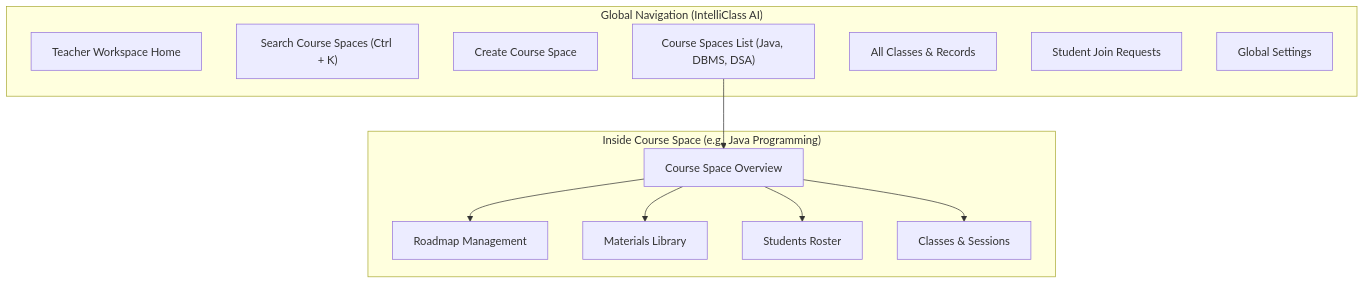
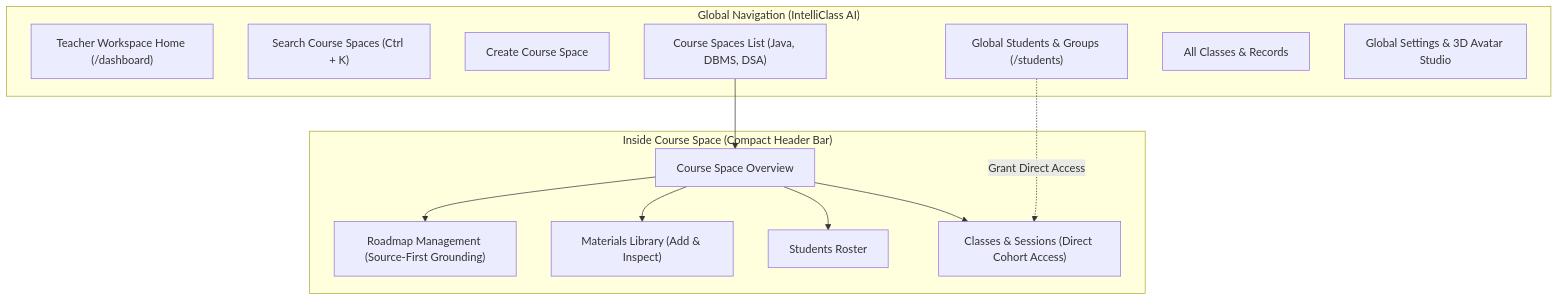
The eighth of 28 diagrams in docs/architecture/flow.md (shreyas0b0acharya/IntelliClass-AI-Gemini-Live), drawn with Mermaid before and after one commit. The commit also changed other lines of this file and 99 other files, not shown here.

````diff
--- a/docs/architecture/flow.md
+++ b/docs/architecture/flow.md
@@ -249,26 +249,27 @@
 ```mermaid
 flowchart TD
     subgraph GlobalNav["Global Navigation (IntelliClass AI)"]
-        TeacherWS["Teacher Workspace Home"]
+        TeacherWS["Teacher Workspace Home (/dashboard)"]
         SearchBox["Search Course Spaces (Ctrl + K)"]
         CreateCSBtn["Create Course Space"]
         CSList["Course Spaces List (Java, DBMS, DSA)"]
+        GlobalStudents["Global Students & Groups (/students)"]
         AllClassesList["All Classes & Records"]
-        StudentReqs["Student Join Requests"]
-        GlobalSettings["Global Settings"]
+        GlobalSettings["Global Settings & 3D Avatar Studio"]
     end
 
-    subgraph InsideCS["Inside Course Space (e.g., Java Programming)"]
+    subgraph InsideCS["Inside Course Space (Compact Header Bar)"]
         TabOverview["Course Space Overview"]
-        TabRoadmap["Roadmap Management"]
-        TabMaterials["Materials Library"]
+        TabRoadmap["Roadmap Management (Source-First Grounding)"]
+        TabMaterials["Materials Library (Add & Inspect)"]
         TabStudents["Students Roster"]
-        TabClasses["Classes & Sessions"]
+        TabClasses["Classes & Sessions (Direct Cohort Access)"]
     end
 
     CSList --> TabOverview
+    GlobalStudents -.->|"Grant Direct Access"| TabClasses
     TabOverview --> TabRoadmap
     TabOverview --> TabMaterials
     TabOverview --> TabStudents
     TabOverview --> TabClasses
 ```
````
